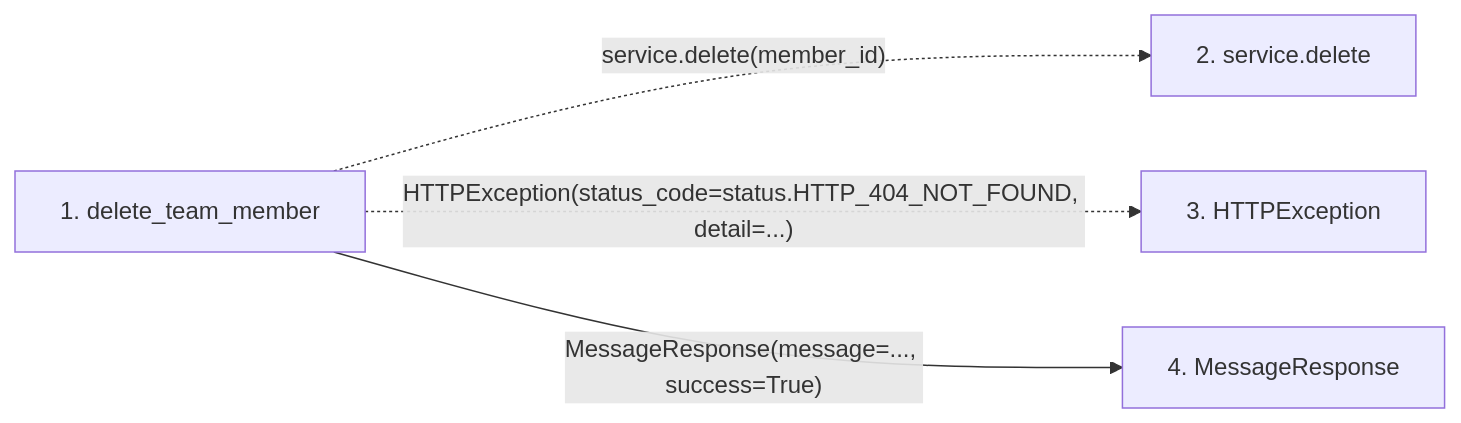
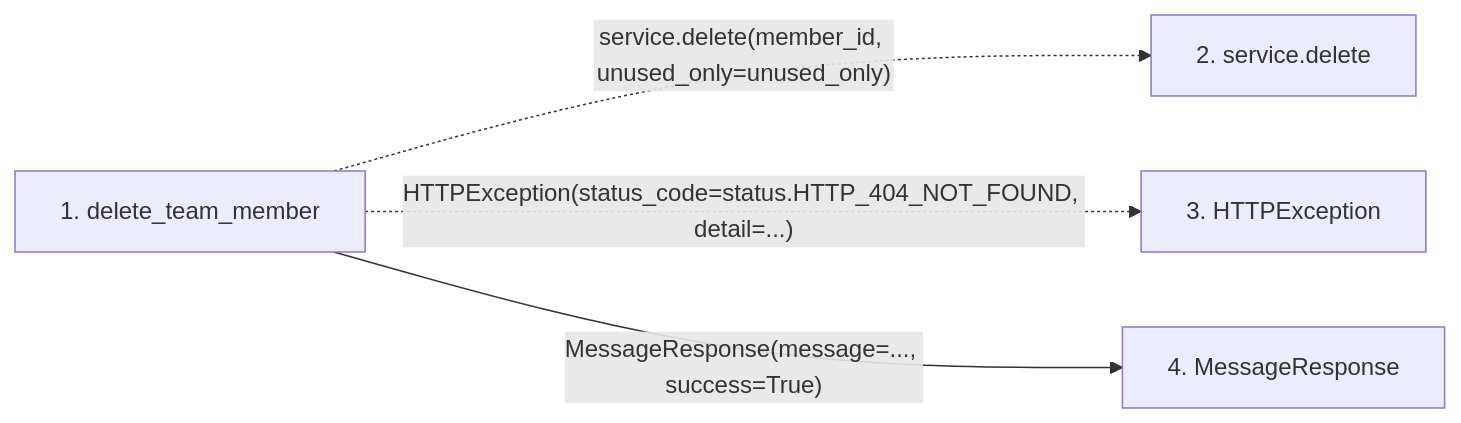
One commit to Denissvgn/WorkChord changed the second of 2 diagrams in docs/llm_wiki/flows/http-delete_team_member.md. Above: the diagram before and after it, drawn with Mermaid. The commit also changed other lines of this file and 636 other files, not shown here.

````diff
--- a/docs/llm_wiki/flows/http-delete_team_member.md
+++ b/docs/llm_wiki/flows/http-delete_team_member.md
@@ -50,12 +50,12 @@
 ```mermaid
 flowchart LR
     s1["1. delete_team_member"]
     s2["2. service.delete"]
     s3["3. HTTPException"]
     s4["4. MessageResponse"]
-    s1 -. "service.delete(member_id)" .-> s2
+    s1 -. "service.delete(member_id, unused_only=unused_only)" .-> s2
     s1 -. "HTTPException(status_code=status.HTTP_404_NOT_FOUND, detail=...)" .-> s3
     s1 -->|"MessageResponse(message=..., success=True)"| s4
     click s1 "../modules/routers_team.md"
     click s4 "../modules/schemas_common.md"
 ```
````
